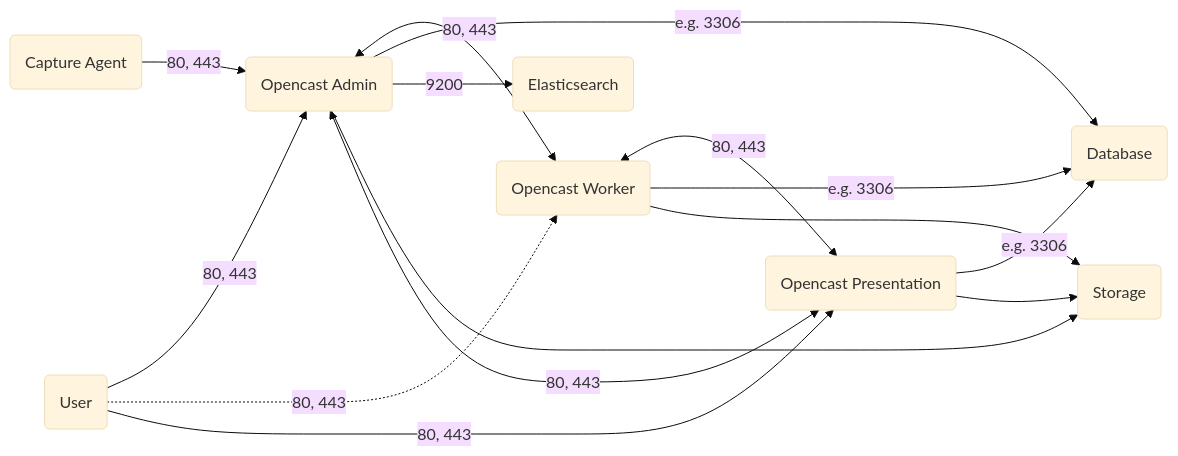
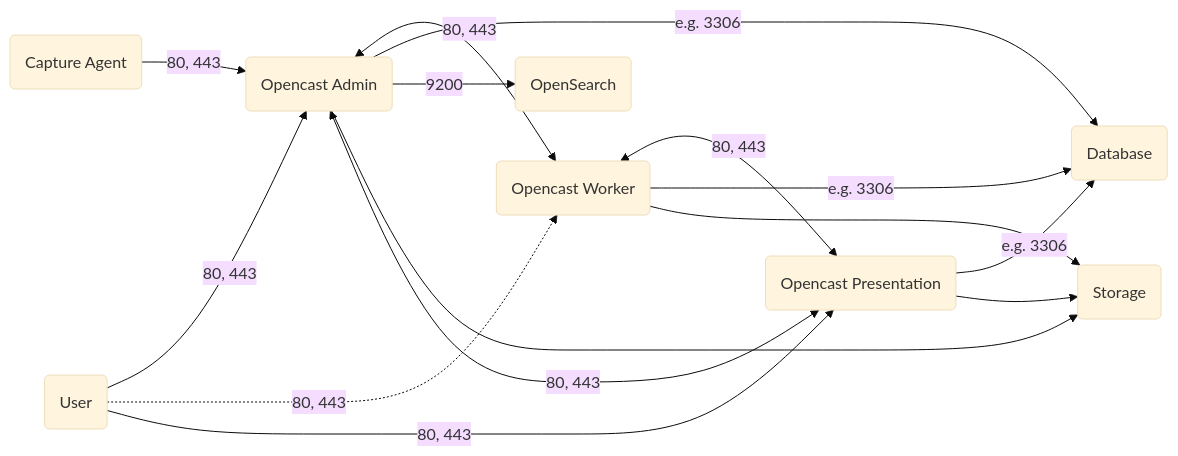
Before and after one commit to opencast/opencast: the diagram in docs/guides/admin/docs/configuration/firewall.md, drawn with Mermaid (base theme). The commit also changed other lines of this file and 8 other files, not shown here.

Commit message:
Switching most references from Elasticsearch to OpenSearch.  Also changing Opensearch to OpenSearch.

````diff
--- a/docs/guides/admin/docs/configuration/firewall.md
+++ b/docs/guides/admin/docs/configuration/firewall.md
@@ -21,18 +21,18 @@
 ```mermaid
 graph LR
 
   user(User) -->|80, 443| oc1(Opencast Admin)
   user -.->|80, 443| oc2(Opencast Worker)
   user -->|80, 443| oc3(Opencast Presentation)
   oc1 <-->|80, 443| oc2
   oc2 <-->|80, 443| oc3
   oc3 <-->|80, 443| oc1
   oc1 -->|e.g. 3306| db(Database)
   oc2 -->|e.g. 3306| db
   oc3 -->|e.g. 3306| db
-  oc1 -->|9200| es(Elasticsearch)
+  oc1 -->|9200| os(OpenSearch)
   oc1 --> storage(Storage)
   oc2 --> storage
   oc3 --> storage
   ca(Capture Agent) -->|80, 443| oc1
 ```
````
